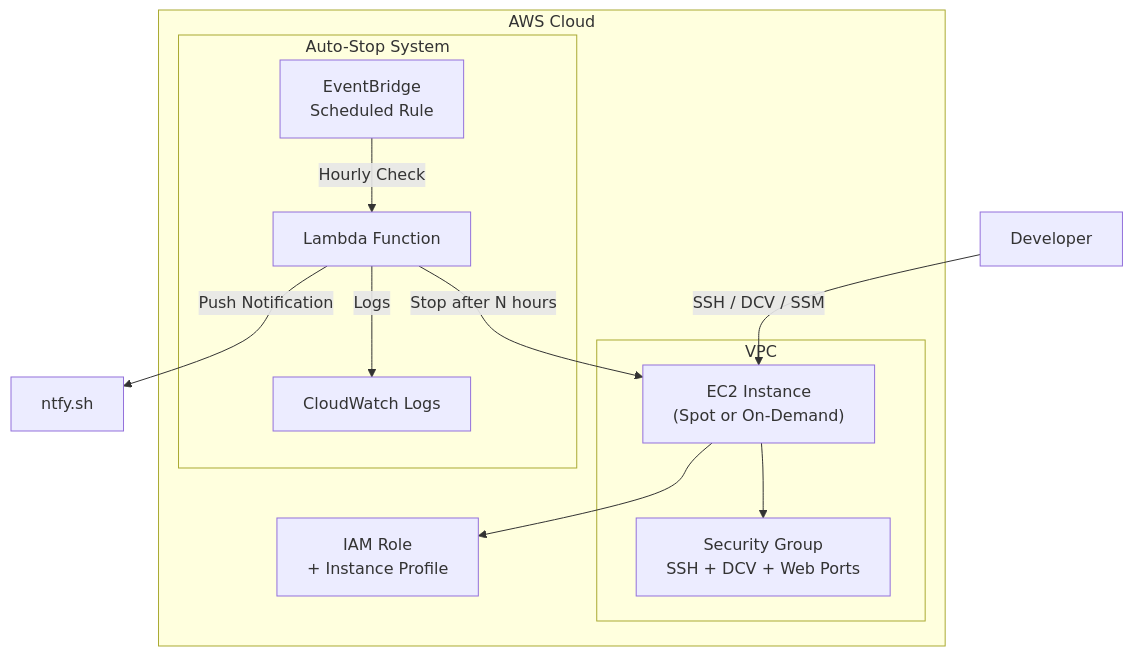
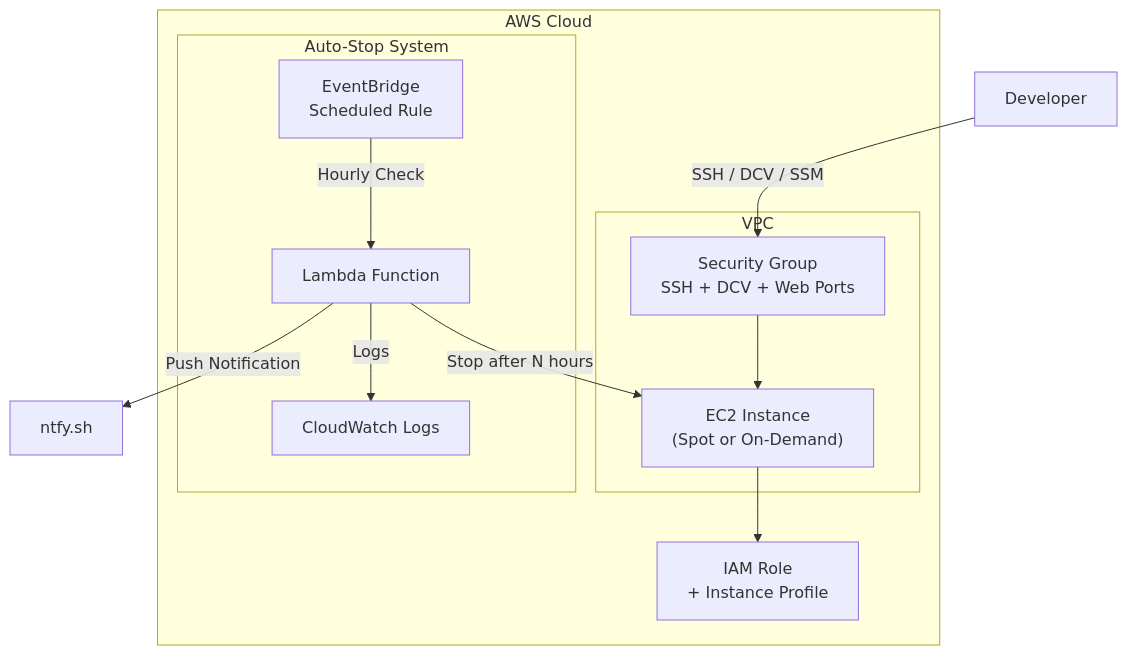
Before and after one commit to jpke/aws-dev-workstation: the diagram in README.md, drawn with Mermaid. The commit also changed 6 other files, not shown here.

First line of the commit message:
Refactor: split main.tf into logical modules, fix architecture diagram

````diff
--- a/README.md
+++ b/README.md
@@ -7,25 +7,25 @@
 ```mermaid
 flowchart TB
     subgraph AWS["AWS Cloud"]
         subgraph VPC["VPC"]
+            SG["Security Group<br/>SSH + DCV + Web Ports"]
             EC2["EC2 Instance<br/>(Spot or On-Demand)"]
-            SG["Security Group<br/>SSH + DCV + Web Ports"]
         end
 
         subgraph AutoStop["Auto-Stop System"]
             EB["EventBridge<br/>Scheduled Rule"]
             Lambda["Lambda Function"]
             CW["CloudWatch Logs"]
         end
 
         IAM["IAM Role<br/>+ Instance Profile"]
     end
 
-    User["Developer"] -->|"SSH / DCV / SSM"| EC2
-    EC2 --> SG
+    User["Developer"] -->|"SSH / DCV / SSM"| SG
+    SG --> EC2
     EC2 --> IAM
     EB -->|"Hourly Check"| Lambda
     Lambda -->|"Stop after N hours"| EC2
     Lambda -->|"Logs"| CW
     Lambda -->|"Push Notification"| NTFY["ntfy.sh"]
 ```
````
